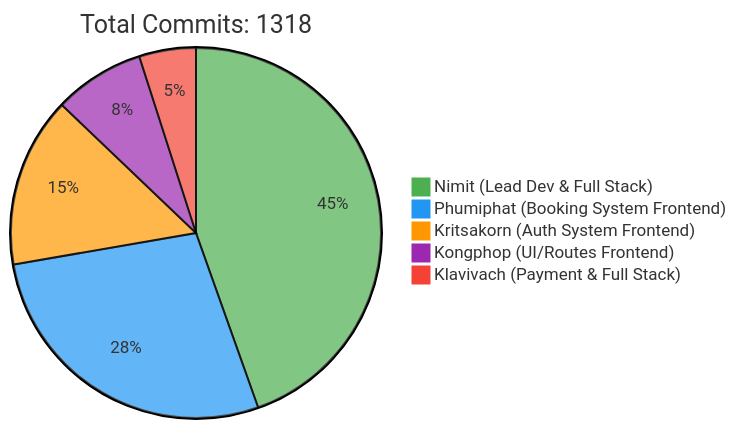
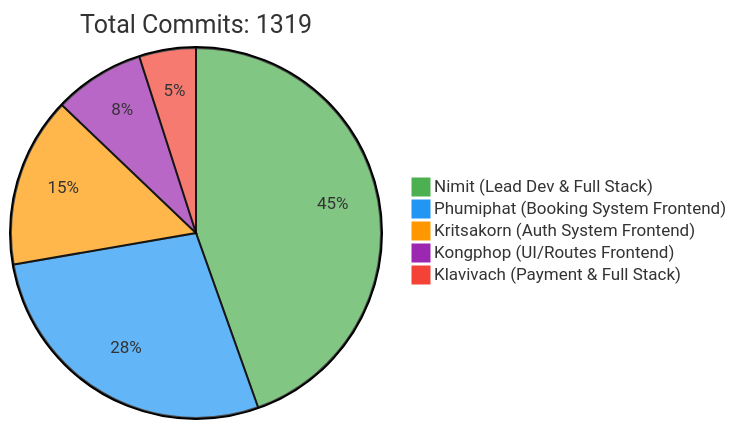
One commit to 6531503042/Sport-Complex changed the first of 2 diagrams in README.md. Above: the diagram before and after it, drawn with Mermaid. The commit also changed other lines of this file, not shown here.

Commit message:
docs: Update contributor statistics [skip ci]

````diff
--- a/README.md
+++ b/README.md
@@ -257,10 +257,10 @@
 ```mermaid
 %%{init: {'theme': 'base', 'themeVariables': { 'pie1': '#4CAF50', 'pie2': '#2196F3', 'pie3': '#FF9800', 'pie4': '#9C27B0', 'pie5': '#F44336'}}}%%
 pie
-    title Total Commits: 1318
+    title Total Commits: 1319
     "Nimit (Lead Dev & Full Stack)" : 450
     "Phumiphat (Booking System Frontend)" : 280
     "Kritsakorn (Auth System Frontend)" : 150
     "Kongphop (UI/Routes Frontend)" : 80
     "Klavivach (Payment & Full Stack)" : 50
 ```
````
